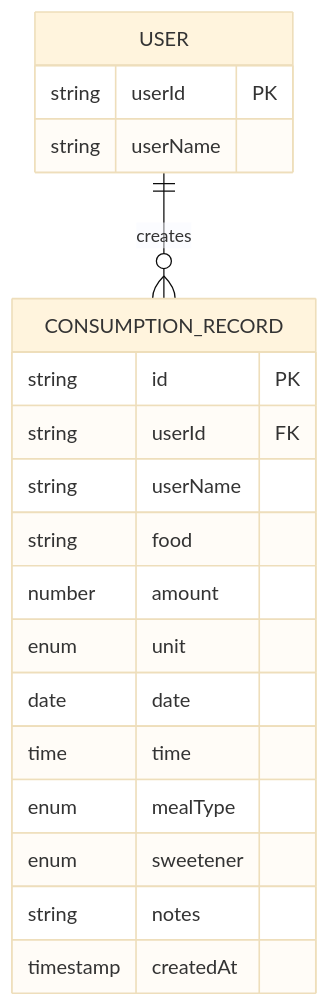
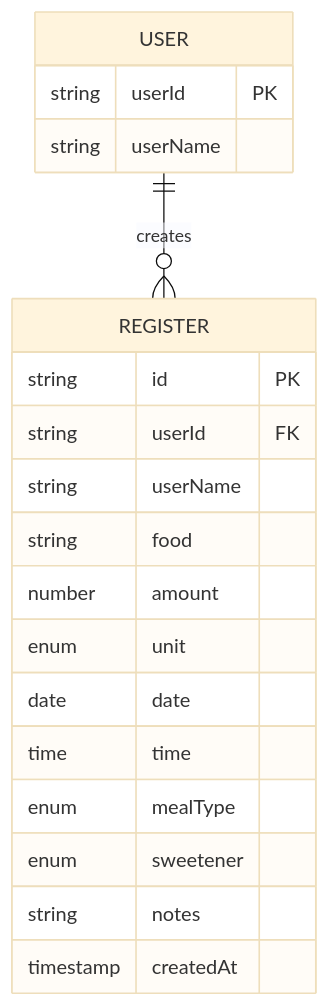
Before and after one commit to RadikeCosa/blog-astro: the diagram in src/content/posts/side-project nutritional tracker.en.md, drawn with Mermaid (base theme). The commit also changed other lines of this file and 10 other files, not shown here.

````diff
--- a/src/content/posts/side-project nutritional tracker.en.md
+++ b/src/content/posts/side-project nutritional tracker.en.md
@@ -157,24 +50,22 @@
 ```mermaid
 erDiagram
-    USER ||--o{ CONSUMPTION_RECORD : creates
-
-    USER {
-        string userId PK
-        string userName
-    }
-
-    CONSUMPTION_RECORD {
-        string id PK
-        string userId FK
-        string userName
-        string food
-        number amount
-        enum unit
-        date date
-        time time
-        enum mealType
-        enum sweetener
-        string notes
-        timestamp createdAt
-    }
+  USER ||--o{ REGISTER : "creates"
+  USER {
+    string userId PK
+    string userName
+  }
+  REGISTER {
+    string id PK
+    string userId FK
+    string userName
+    string food
+    number amount
+    enum unit
+    date date
+    time time
+    enum mealType
+    enum sweetener
+    string notes
+    timestamp createdAt
+  }
 ```
````
